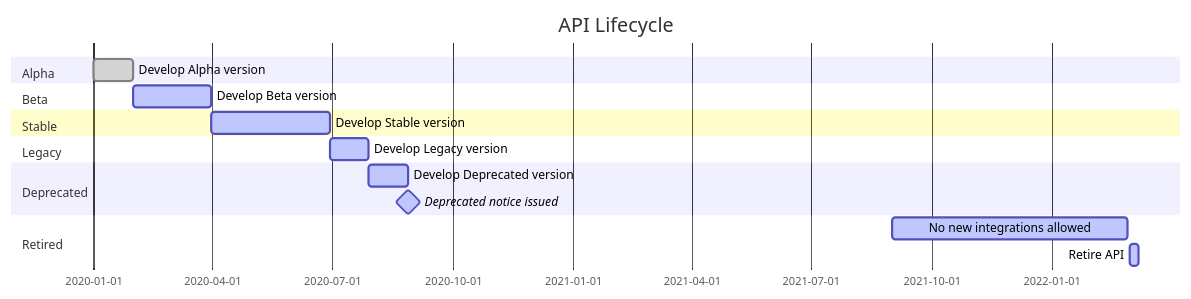
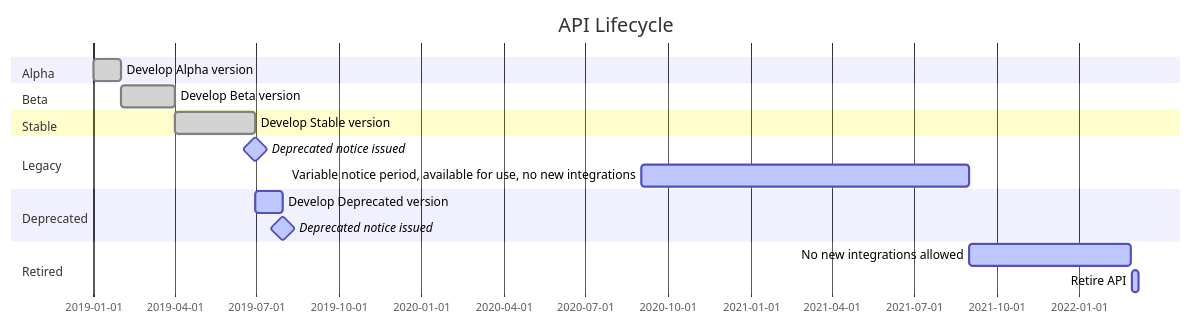
The first of 2 diagrams in docs/how-to-write-a-sad.md (Geoff1900/Geoff1900.github.io), drawn with Mermaid before and after one commit.

````diff
--- a/docs/how-to-write-a-sad.md
+++ b/docs/how-to-write-a-sad.md
@@ -8,27 +8,28 @@
 ```mermaid
 %%{init: { 'theme': 'default' }}%%
 gantt
     title API Lifecycle
     dateFormat  DD-MM-YYYY
 
     section Alpha
-    Develop Alpha version: done,    alpha1, 2020-01-01, 30d
+    Develop Alpha version: done,    alpha1, 2019-01-01, 30d
 
     section Beta
-    Develop Beta version: active,  beta1, after alpha1, 60d
+    Develop Beta version: done,  beta1, after alpha1, 60d
 
     section Stable
-    Develop Stable version: active,  stable1, after beta1, 90d
+    Develop Stable version: done,  stable1, after beta1, 90d
 
     section Legacy
-    Develop Legacy version: active,  legacy1, after stable1, 30d
+    Deprecated notice issued: active,  milestone, 2020-09-01
+    Variable notice period, available for use, no new integrations: active,  2020-09-01, 365d
 
     section Deprecated
     Develop Deprecated version: active,  deprecated1, after legacy1, 30d
     Deprecated notice issued: active,  milestone, 2020-09-01
 
     section Retired
     No new integrations allowed: active,  noNewIntegrations, 2021-09-01, 180d
     Retire API: active,  retired, 2022-03-01, 7d
 
 ```
````
